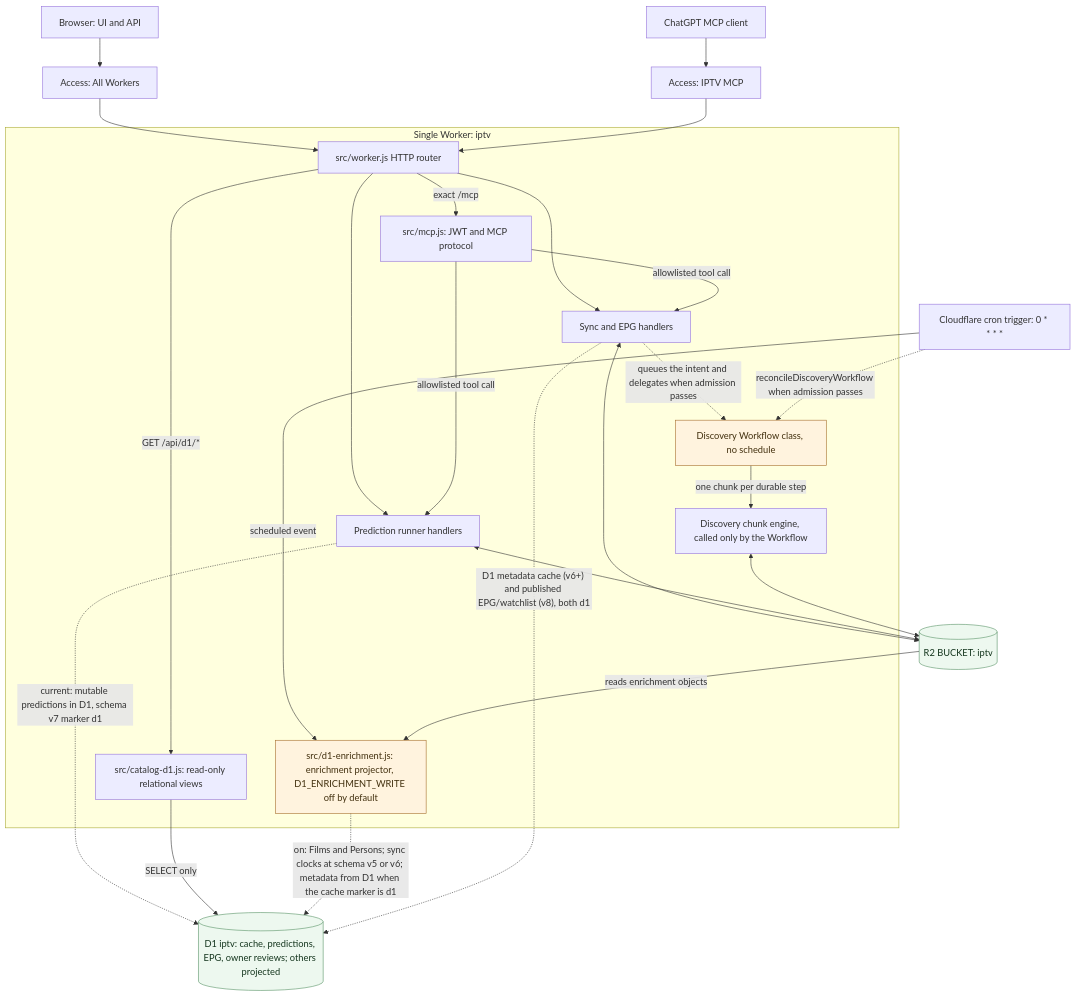
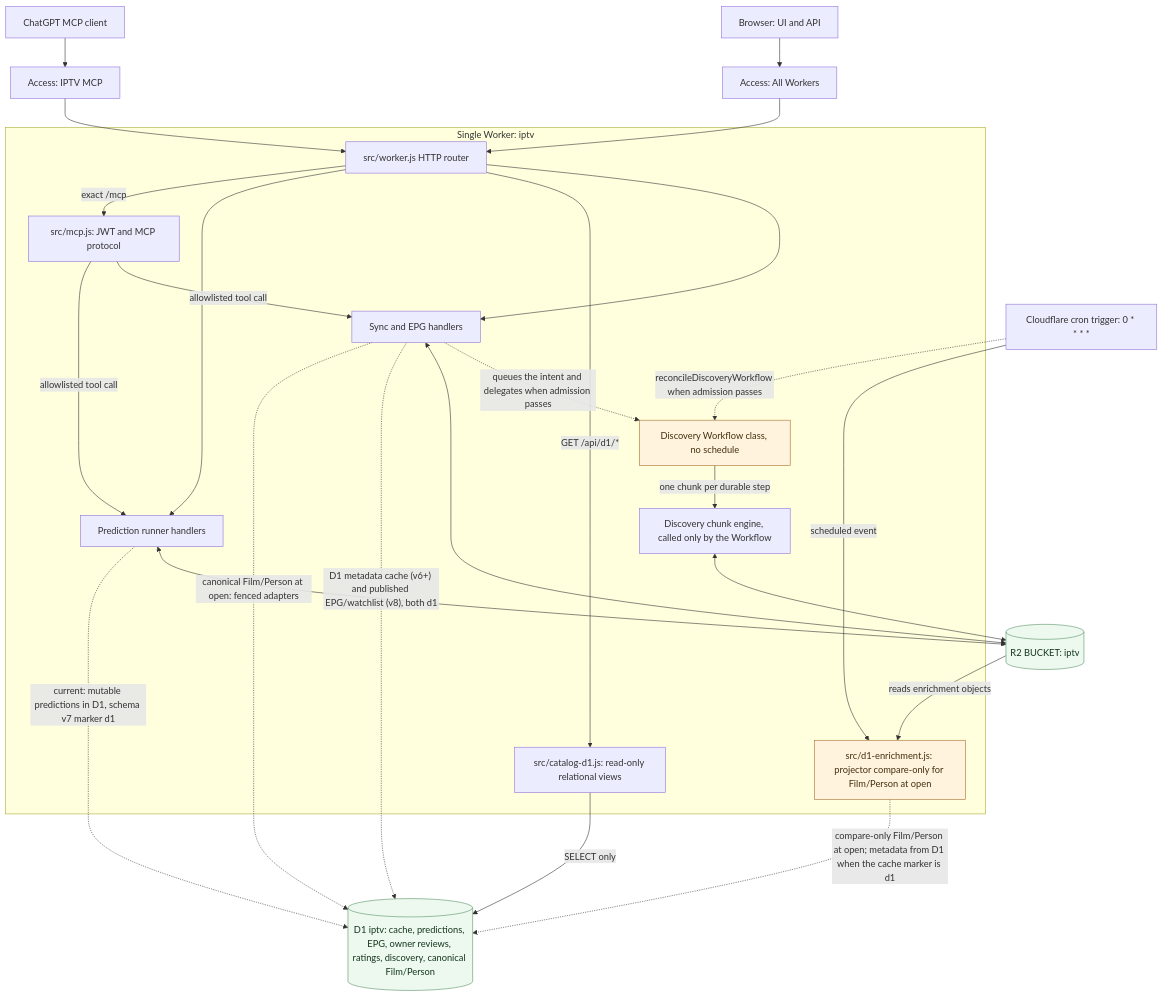
One commit to vladimino/iptv-watchlist changed the diagram in docs/architecture/runtime-topology.md. Above: the diagram before and after it, drawn with Mermaid. The commit also changed other lines of this file and 5 other files, not shown here.

First line of the commit message:
docs: reconcile current Film/Person diagrams with d1/open

````diff
--- a/docs/architecture/runtime-topology.md
+++ b/docs/architecture/runtime-topology.md
@@ -5,44 +5,45 @@
 ```mermaid
 flowchart TB
     web["Browser: UI and API"]
     mcpClient["ChatGPT MCP client"]
     webAccess["Access: All Workers"]
     mcpAccess["Access: IPTV MCP"]
     cron["Cloudflare cron trigger: 0 * * * *"]
     subgraph worker["Single Worker: iptv"]
         route["src/worker.js HTTP router"]
         mcp["src/mcp.js: JWT and MCP protocol"]
         sync["Sync and EPG handlers"]
         prediction["Prediction runner handlers"]
         discovery["Discovery chunk engine, called only by the Workflow"]
         catalogD1["src/catalog-d1.js: read-only relational views"]
-        projector["src/d1-enrichment.js: enrichment projector, D1_ENRICHMENT_WRITE off by default"]
+        projector["src/d1-enrichment.js: projector compare-only for Film/Person at open"]
         route --> sync
         route -->|GET /api/d1/*| catalogD1
         route --> prediction
         route -->|exact /mcp| mcp
         mcp -->|allowlisted tool call| sync
         mcp -->|allowlisted tool call| prediction
         workflow["Discovery Workflow class, no schedule"]
         sync -.->|"queues the intent and delegates when admission passes"| workflow
         workflow -->|"one chunk per durable step"| discovery
     end
     store[("R2 BUCKET: iptv")]
-    d1[("D1 iptv: cache, predictions, EPG, owner reviews; others projected")]
+    d1[("D1 iptv: cache, predictions, EPG, owner reviews, ratings, discovery, canonical Film/Person")]
     web --> webAccess --> route
     mcpClient --> mcpAccess --> route
     sync <--> store
     prediction <--> store
     prediction -.->|current: mutable predictions in D1, schema v7 marker d1| d1
     discovery <--> store
     catalogD1 -->|SELECT only| d1
     cron -->|scheduled event| projector
     cron -.->|reconcileDiscoveryWorkflow when admission passes| workflow
     store -->|reads enrichment objects| projector
-    projector -.->|on: Films and Persons; sync clocks at schema v5 or v6; metadata from D1 when the cache marker is d1| d1
+    projector -.->|compare-only Film/Person at open; metadata from D1 when the cache marker is d1| d1
     sync -.->|"D1 metadata cache (v6+) and published EPG/watchlist (v8), both d1"| d1
+    sync -.->|canonical Film/Person at open: fenced adapters| d1
     classDef current fill:#edf8ef,stroke:#579266,color:#15361e
     classDef gated fill:#fff3de,stroke:#a56c2b,color:#42300e
     class store,d1 current
     class projector,workflow gated
 ```
````
